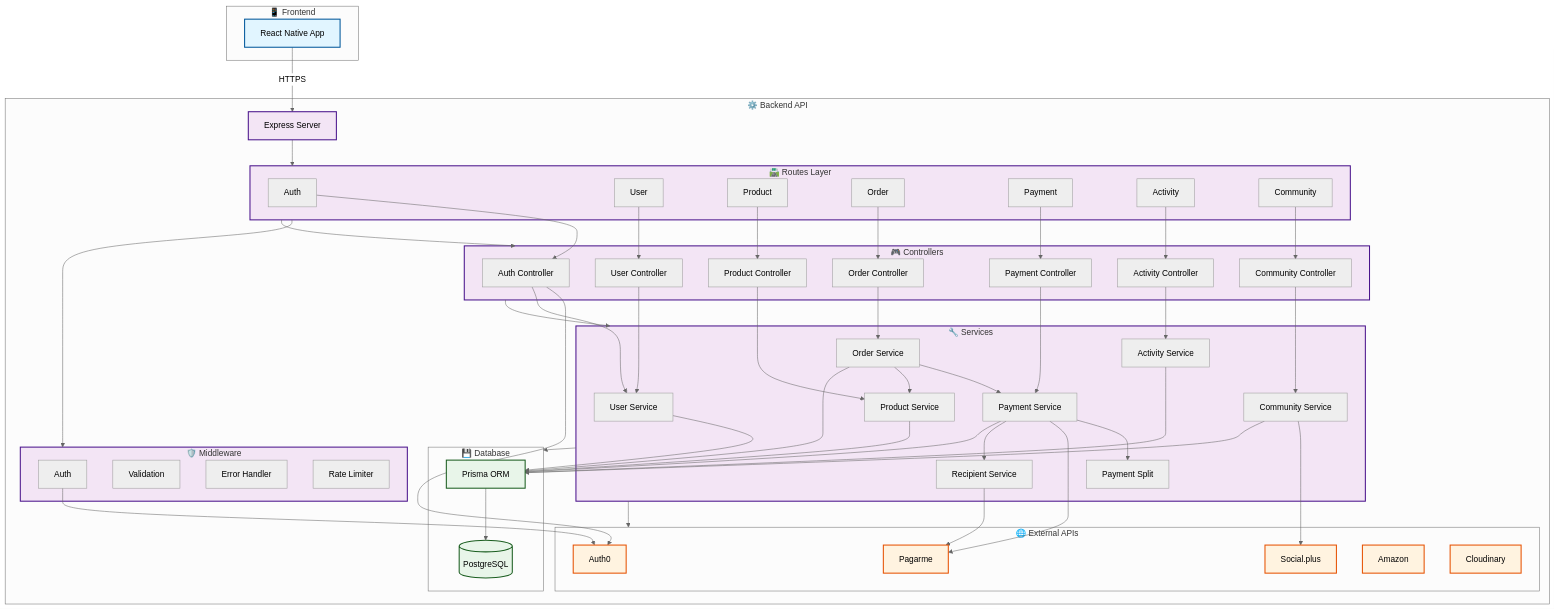
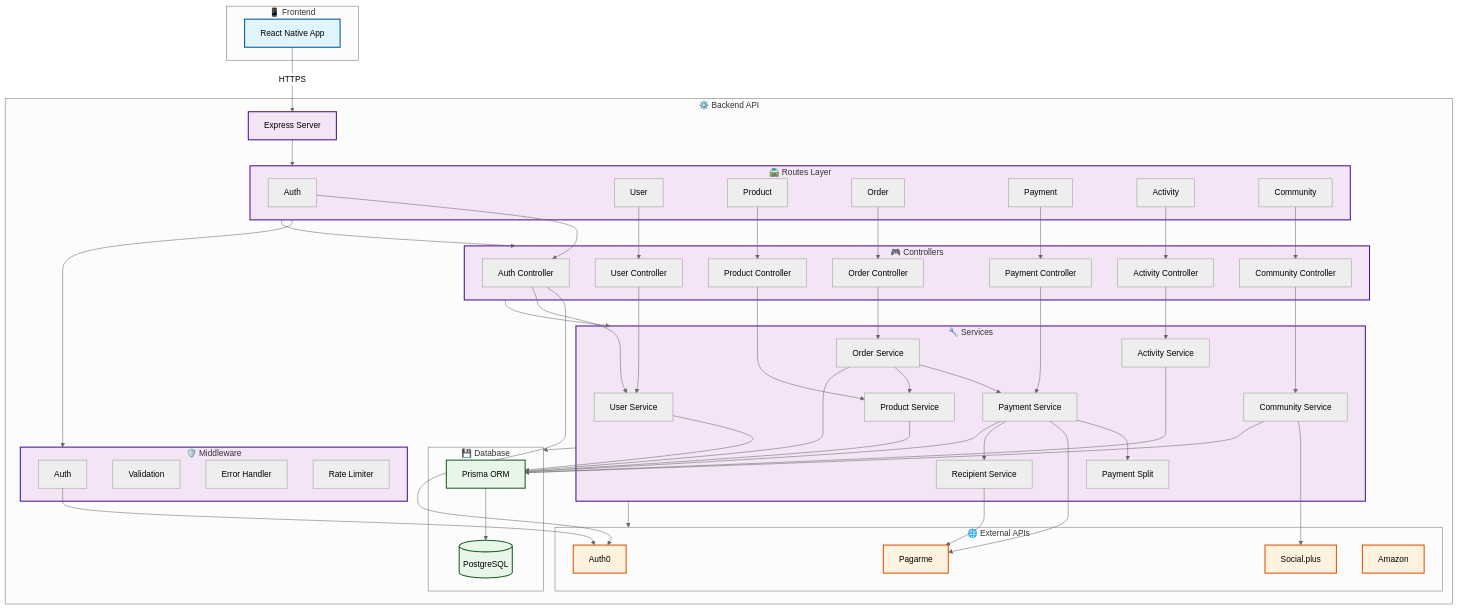
The first of 5 diagrams in docs/system-architecture.md (Mavimarmara/likeme-back-end), drawn with Mermaid (neutral theme) before and after one commit. The commit also changed 8 other files, not shown here.

```diff
--- a/docs/system-architecture.md
+++ b/docs/system-architecture.md
@@ -47,7 +47,6 @@
             AUTH0["Auth0"]
             SOCIAL_PLUS["Social.plus"]
             AMAZON["Amazon"]
-            CLOUDINARY["Cloudinary"]
         end
         
         subgraph Database["💾 Database"]
```
